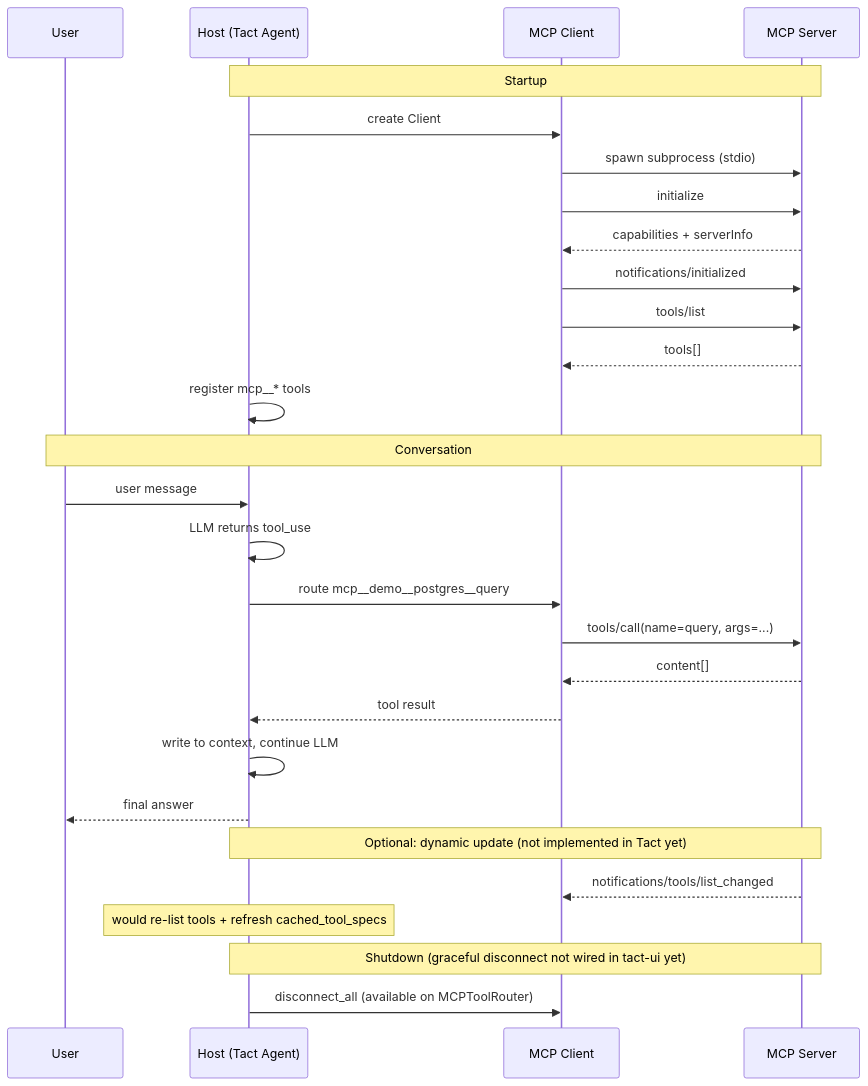
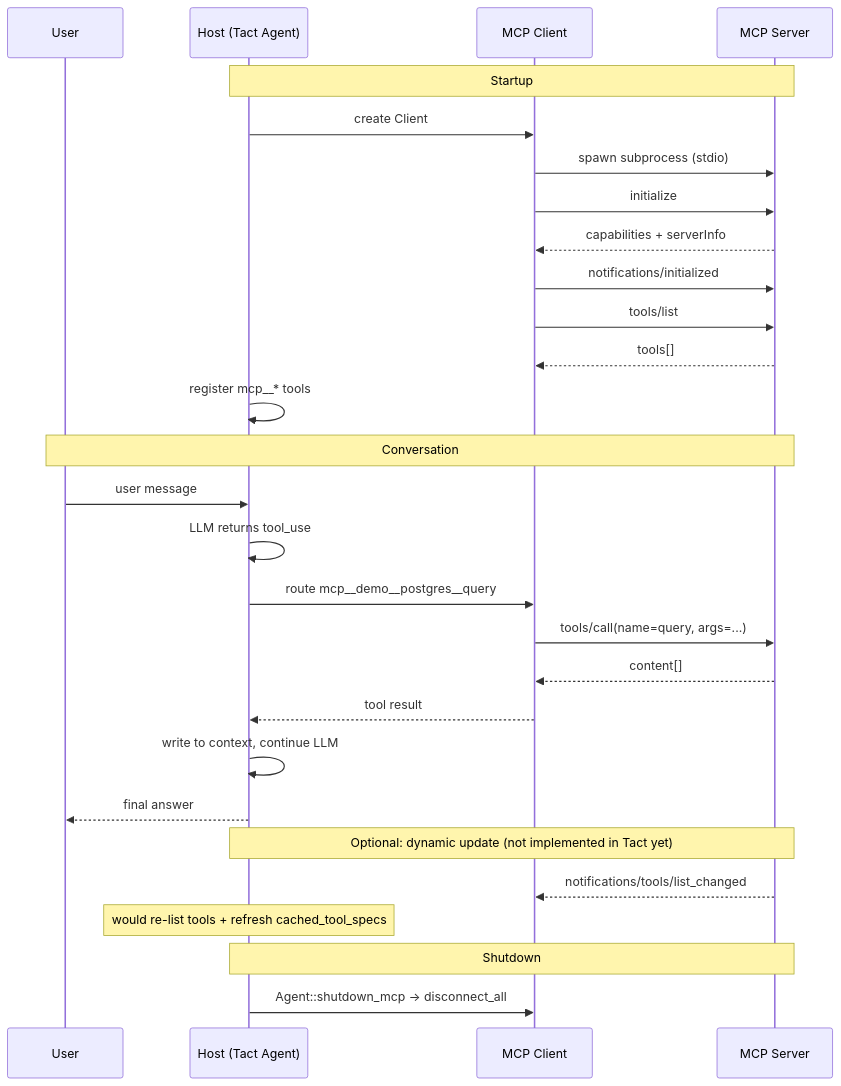
One commit to rust-infra/tact changed the second of 2 diagrams in book/08_chapter_mcp.md. Above: the diagram before and after it, drawn with Mermaid. The commit also changed other lines of this file and 31 other files, not shown here.

First line of the commit message:
refactor: extract tact-ui crate and add MCP graceful shutdown

````diff
--- a/book/08_chapter_mcp.md
+++ b/book/08_chapter_mcp.md
@@ -383,33 +383,33 @@
 ```mermaid
 sequenceDiagram
     participant User as User
     participant Host as Host (Tact Agent)
     participant Client as MCP Client
     participant Server as MCP Server
 
     Note over Host,Server: Startup
     Host->>Client: create Client
     Client->>Server: spawn subprocess (stdio)
     Client->>Server: initialize
     Server-->>Client: capabilities + serverInfo
     Client->>Server: notifications/initialized
     Client->>Server: tools/list
     Server-->>Client: tools[]
     Host->>Host: register mcp__* tools
 
     Note over User,Server: Conversation
     User->>Host: user message
     Host->>Host: LLM returns tool_use
     Host->>Client: route mcp__demo__postgres__query
     Client->>Server: tools/call(name=query, args=...)
     Server-->>Client: content[]
     Client-->>Host: tool result
     Host->>Host: write to context, continue LLM
     Host-->>User: final answer
 
     Note over Host,Server: Optional: dynamic update (not implemented in Tact yet)
     Server-->>Client: notifications/tools/list_changed
     Note over Host: would re-list tools + refresh cached_tool_specs
-    Note over Host,Server: Shutdown (graceful disconnect not wired in tact-ui yet)
-    Host->>Client: disconnect_all (available on MCPToolRouter)
+    Note over Host,Server: Shutdown
+    Host->>Client: Agent::shutdown_mcp → disconnect_all
 ```
````
